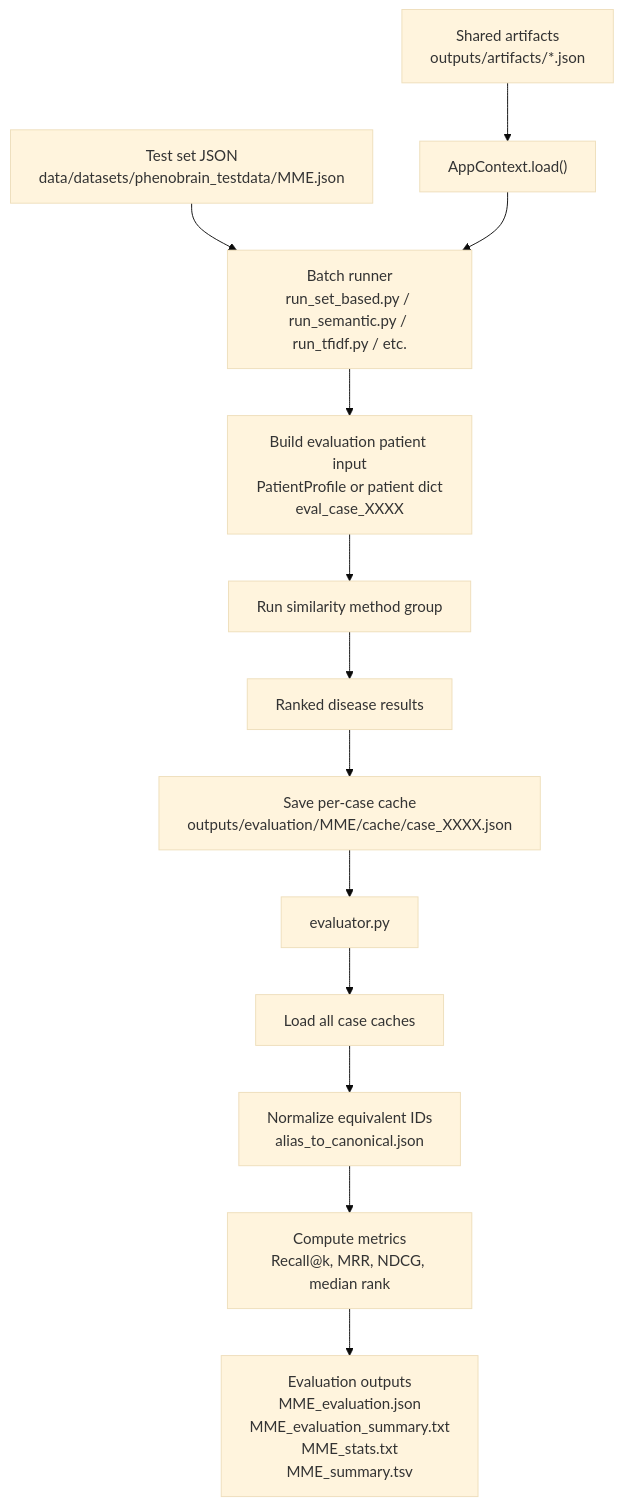
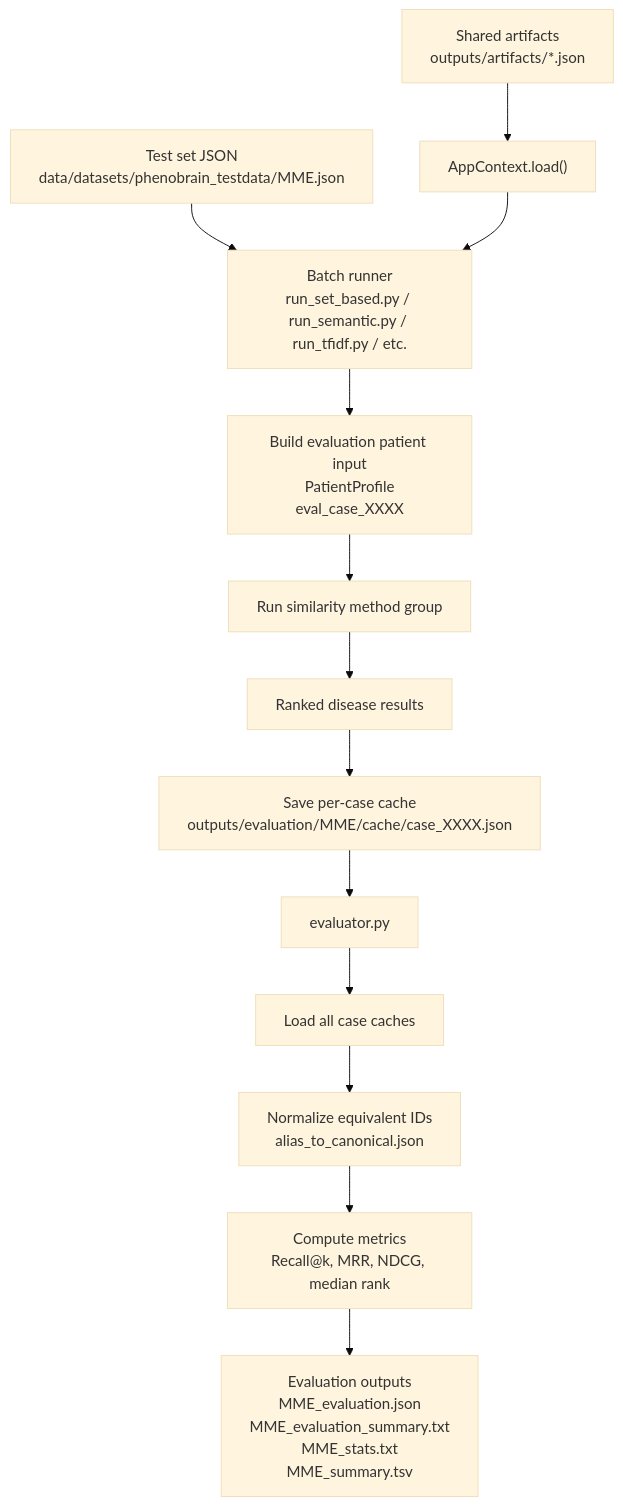
The first of 2 diagrams in wiki/evaluation/workflow-overview.md (Alizzie/RareSim-Master-Project-), drawn with Mermaid (base theme) before and after one commit. The commit also changed other lines of this file and 17 other files, not shown here.

````diff
--- a/wiki/evaluation/workflow-overview.md
+++ b/wiki/evaluation/workflow-overview.md
@@ -41,18 +45,18 @@
 ```mermaid
 flowchart TD
     A["Test set JSON<br/>data/datasets/phenobrain_testdata/MME.json"] --> B["Batch runner<br/>run_set_based.py / run_semantic.py / run_tfidf.py / etc."]
 
     C["Shared artifacts<br/>outputs/artifacts/*.json"] --> D["AppContext.load()"]
     D --> B
 
-    B --> E["Build evaluation patient input<br/>PatientProfile or patient dict<br/>eval_case_XXXX"]
+    B --> E["Build evaluation patient input<br/>PatientProfile<br/>eval_case_XXXX"]
     E --> F["Run similarity method group"]
     F --> G["Ranked disease results"]
     G --> H["Save per-case cache<br/>outputs/evaluation/MME/cache/case_XXXX.json"]
 
     H --> I["evaluator.py"]
     I --> J["Load all case caches"]
     J --> K["Normalize equivalent IDs<br/>alias_to_canonical.json"]
     K --> L["Compute metrics<br/>Recall@k, MRR, NDCG, median rank"]
     L --> M["Evaluation outputs<br/>MME_evaluation.json<br/>MME_evaluation_summary.txt<br/>MME_stats.txt<br/>MME_summary.tsv"]
 ```
````
